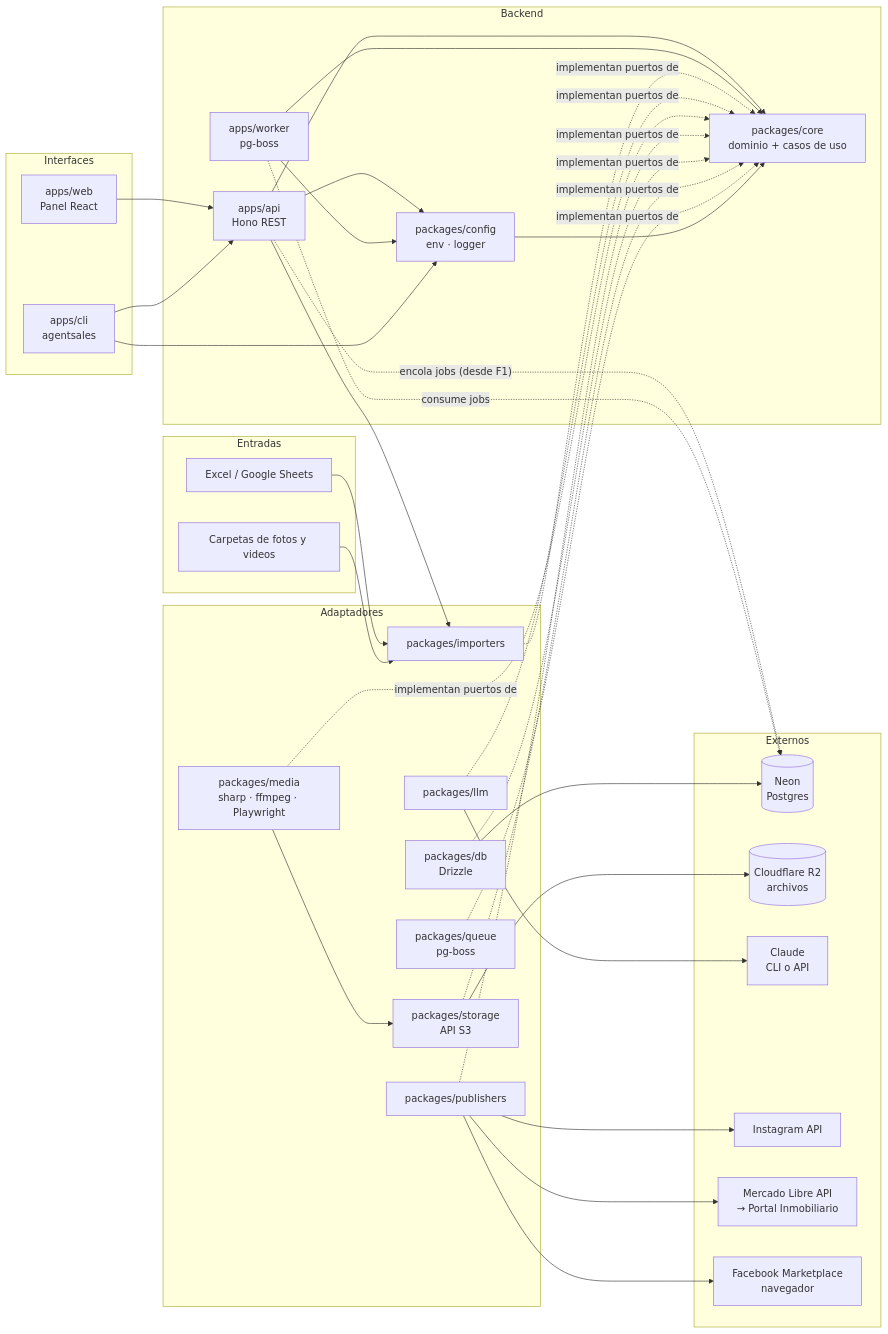
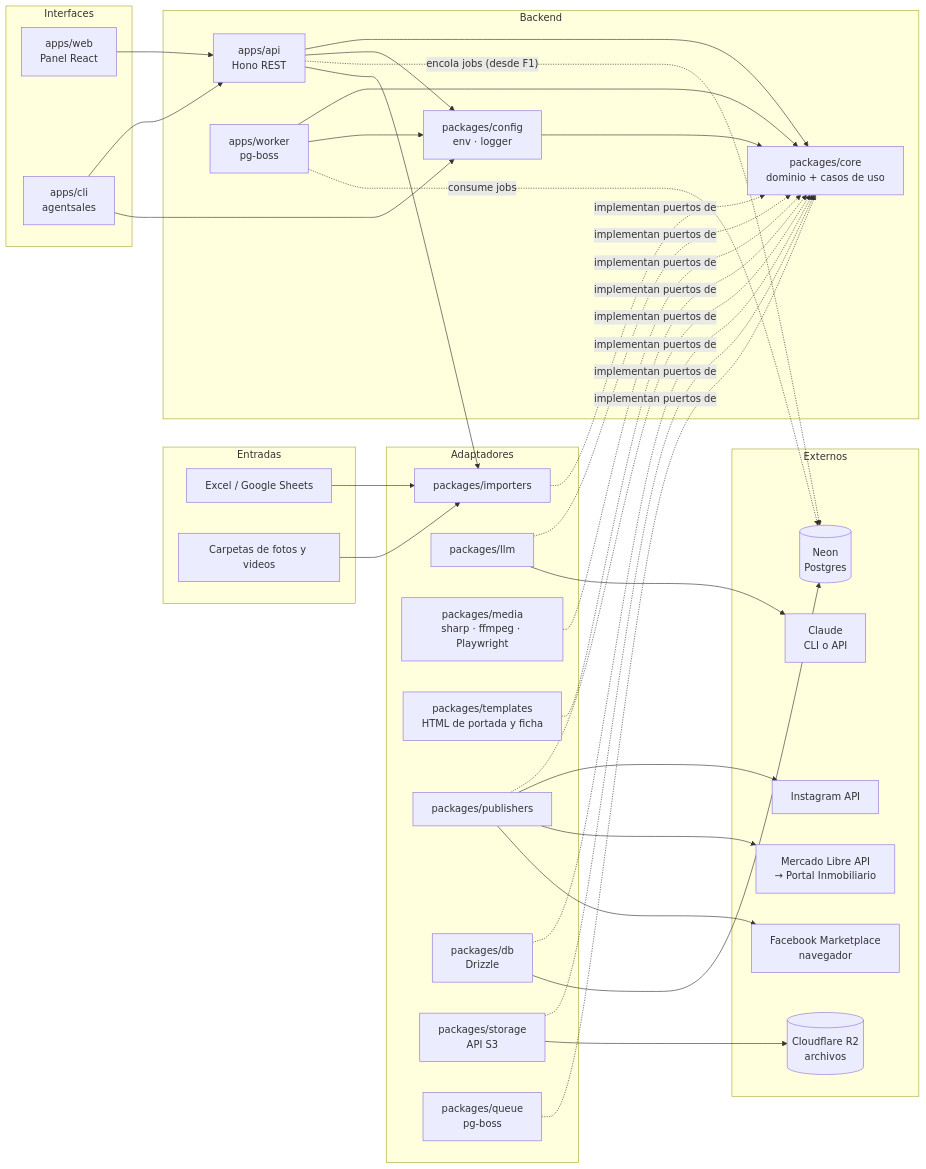
One commit to vicentewolde/AgentSales changed the first of 2 diagrams in docs/01-arquitectura.md. Above: the diagram before and after it, drawn with Mermaid. The commit also changed other lines of this file and 17 other files, not shown here.

````diff
--- a/docs/01-arquitectura.md
+++ b/docs/01-arquitectura.md
@@ -5,56 +5,56 @@
 ```mermaid
 flowchart LR
   subgraph Entradas
     XLSX[Excel / Google Sheets]
     MED[Carpetas de fotos y videos]
   end
 
   subgraph Interfaces
     WEB[apps/web<br/>Panel React]
     CLI[apps/cli<br/>agentsales]
   end
 
   subgraph Backend
     API[apps/api<br/>Hono REST]
     WRK[apps/worker<br/>pg-boss]
     CORE[packages/core<br/>dominio + casos de uso]
     CFG[packages/config<br/>env · logger]
   end
 
   subgraph Adaptadores
     IMP[packages/importers]
     LLM[packages/llm]
     MEDIA[packages/media<br/>sharp · ffmpeg · Playwright]
+    TPL[packages/templates<br/>HTML de portada y ficha]
     PUB[packages/publishers]
     DB[packages/db<br/>Drizzle]
     STO[packages/storage<br/>API S3]
     QUE[packages/queue<br/>pg-boss]
   end
 
   subgraph Externos
     NEON[(Neon<br/>Postgres)]
     R2[(Cloudflare R2<br/>archivos)]
     CL[Claude<br/>CLI o API]
     IG[Instagram API]
     ML[Mercado Libre API<br/>→ Portal Inmobiliario]
     FB[Facebook Marketplace<br/>navegador]
   end
 
   XLSX --> IMP
   MED --> IMP
   WEB --> API
   CLI --> API
   API --> CORE
   WRK --> CORE
-  IMP & LLM & MEDIA & PUB & DB & STO & QUE -. implementan puertos de .-> CORE
+  IMP & LLM & MEDIA & TPL & PUB & DB & STO & QUE -. implementan puertos de .-> CORE
   API & WRK & CLI --> CFG
   CFG --> CORE
   DB --> NEON
   STO --> R2
-  MEDIA --> STO
   LLM --> CL
   PUB --> IG & ML & FB
   API -. encola jobs (desde F1) .-> NEON
   API --> IMP
   WRK -. consume jobs .-> NEON
 ```
````
